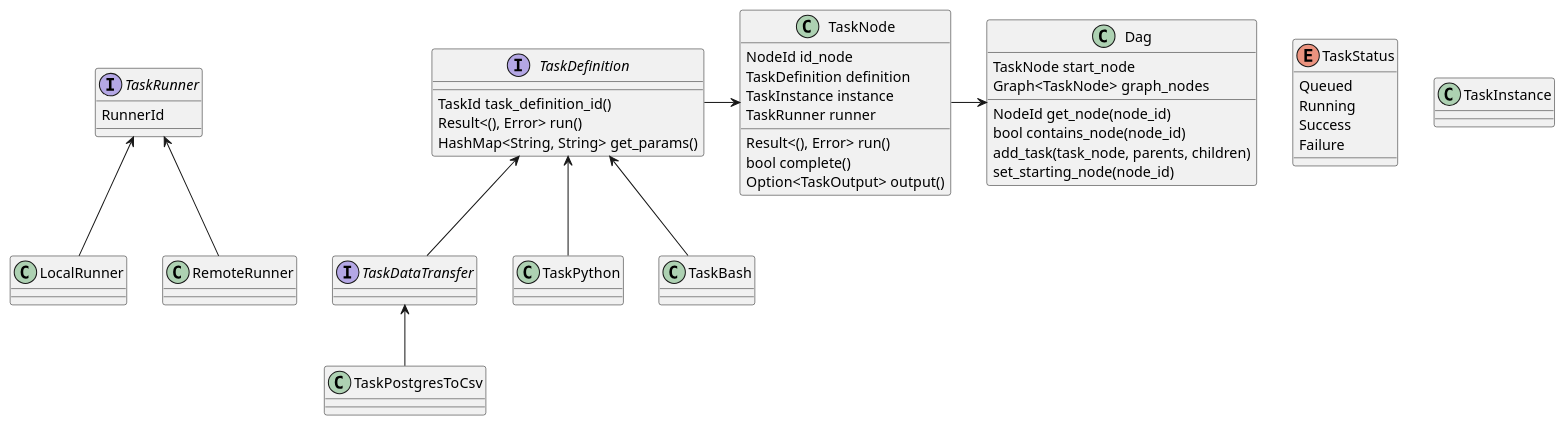
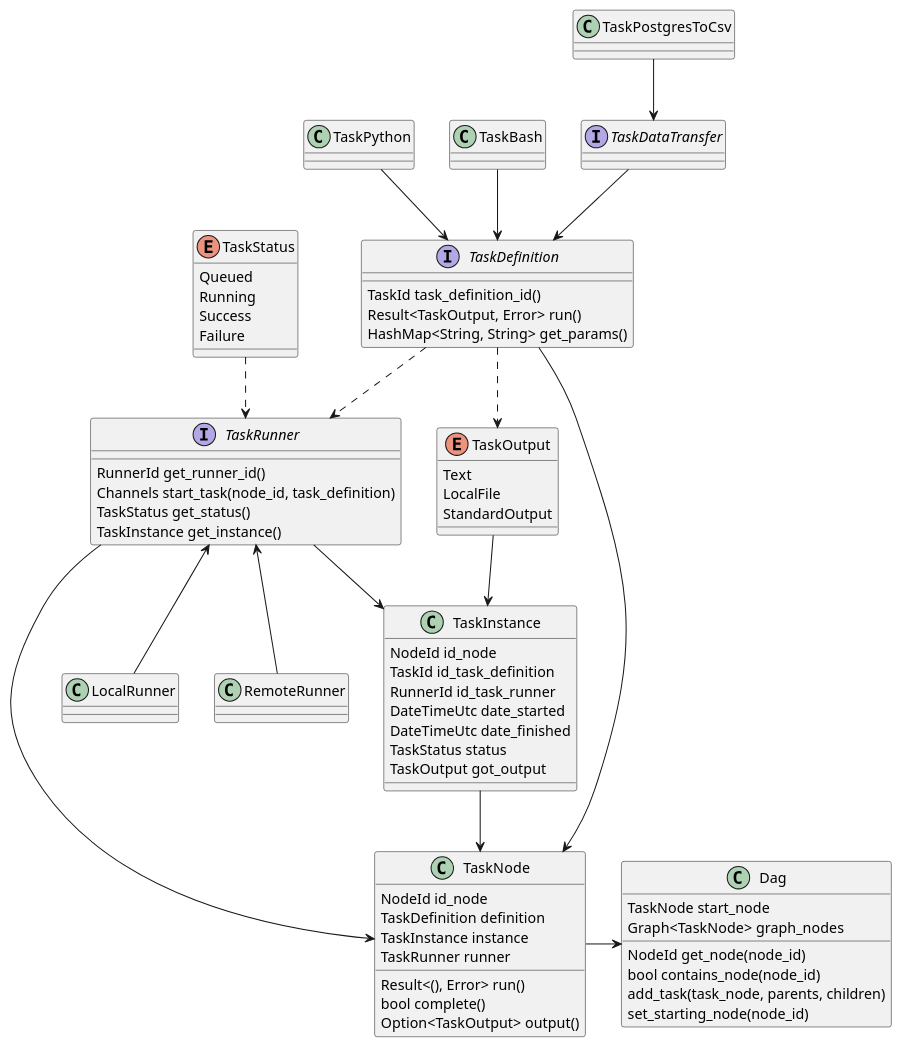
The diagram in starting-diagram.puml (Gnonpi/yoshi), drawn with PlantUML before and after one commit.

Commit message:
updating diagram

```diff
--- a/starting-diagram.puml
+++ b/starting-diagram.puml
@@ -1,73 +1,95 @@
 @startuml
 /'
 I know classes aren't really a thing in Rust
 but it helps me to think about the structure.
 This is really not data-driven.
 I'll try and update this as I go
 '/
 
 class Dag {
   TaskNode start_node
   {field} Graph<TaskNode> graph_nodes
   NodeId get_node(node_id)
   bool contains_node(node_id)
   add_task(task_node, parents, children)
   set_starting_node(node_id)
 }
 
 class TaskNode {
   NodeId id_node
   TaskDefinition definition
   TaskInstance instance
   TaskRunner runner
   {method} Result<(), Error> run()
   bool complete()
   {method} Option<TaskOutput> output()
 }
 
 interface TaskDefinition {
   TaskId task_definition_id()
-  {method} Result<(), Error> run()
+  {method} Result<TaskOutput, Error> run()
   {method} HashMap<String, String> get_params()
 }
 
 interface TaskRunner {
-  RunnerId 
+  RunnerId get_runner_id()
+  Channels start_task(node_id, task_definition)
+  TaskStatus get_status()
+  TaskInstance get_instance()
 }
 
 enum TaskStatus {
   Queued
   Running
   Success
   Failure
 }
 
-interface TaskRunner
+enum TaskOutput {
+  Text
+  LocalFile
+  StandardOutput
+}
 
-class TaskInstance
+class TaskInstance {
+     NodeId id_node
+     TaskId id_task_definition
+     RunnerId id_task_runner
+     DateTimeUtc date_started
+     DateTimeUtc date_finished
+     TaskStatus status
+     TaskOutput got_output
+}
 
 ' TaskDefinition implementations
 class TaskPython
 class TaskBash
 interface TaskDataTransfer
 class TaskPostgresToCsv
 
-TaskPython -up-> TaskDefinition
-TaskBash -up-> TaskDefinition
-TaskDataTransfer -up-> TaskDefinition
-TaskPostgresToCsv -up-> TaskDataTransfer
+TaskPython -down-> TaskDefinition
+TaskBash -down-> TaskDefinition
+TaskDataTransfer -down-> TaskDefinition
+TaskPostgresToCsv -down-> TaskDataTransfer
 
 ' TaskRunner implementations
 class LocalRunner
 class RemoteRunner
 LocalRunner -up-> TaskRunner
 RemoteRunner -up-> TaskRunner
 
-' TaskDefinition -right-> TaskRunner
-' TaskRunner -right-> TaskInstance
-
-' TaskStatus .down.> TaskInstance
+' TaskNode links
 TaskNode -> Dag
 TaskDefinition -> TaskNode
+TaskRunner -> TaskNode
+TaskInstance --> TaskNode
+
+' TaskRunner links
+TaskDefinition ..> TaskRunner
+TaskRunner --> TaskInstance
+
+TaskDefinition ..> TaskOutput
+TaskStatus ..> TaskRunner
+TaskOutput -> TaskInstance
 
 @enduml
```
